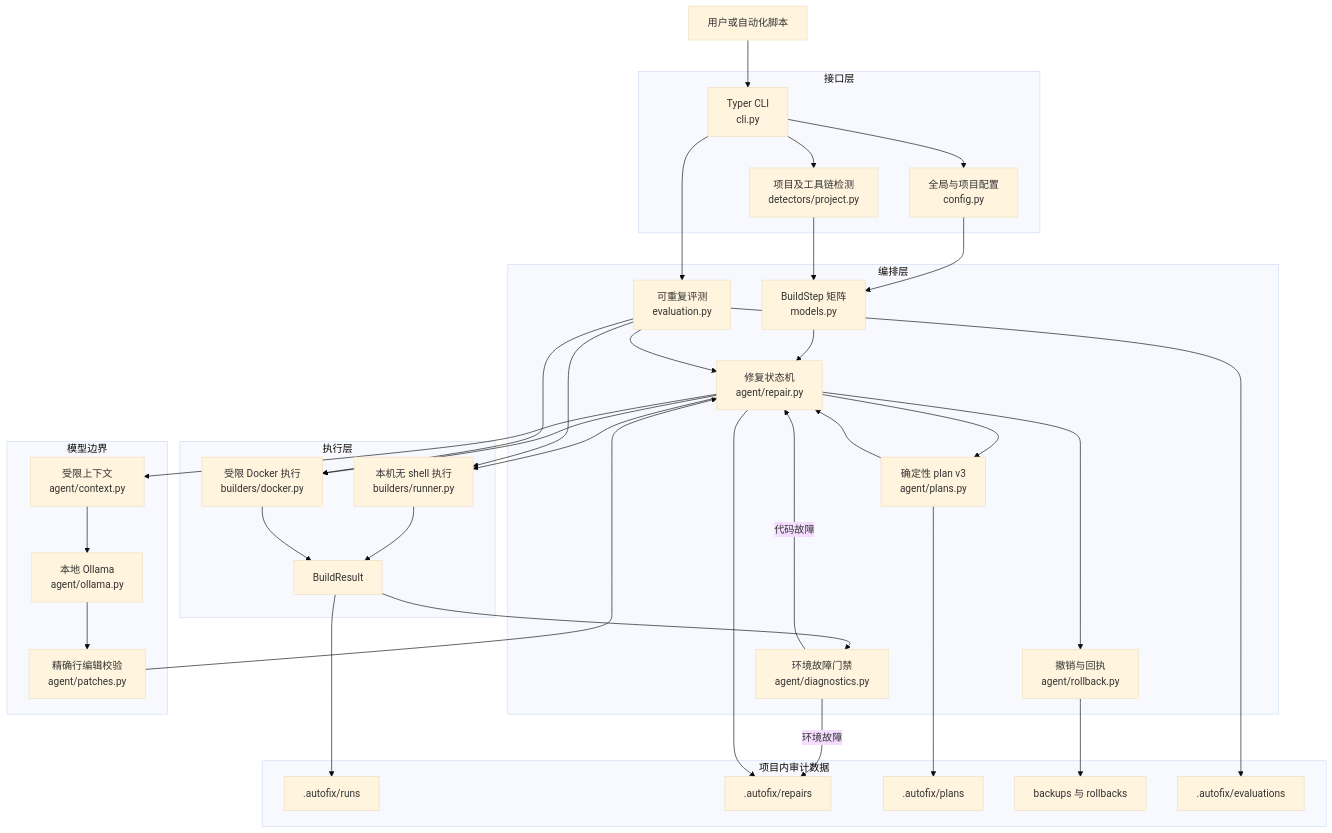
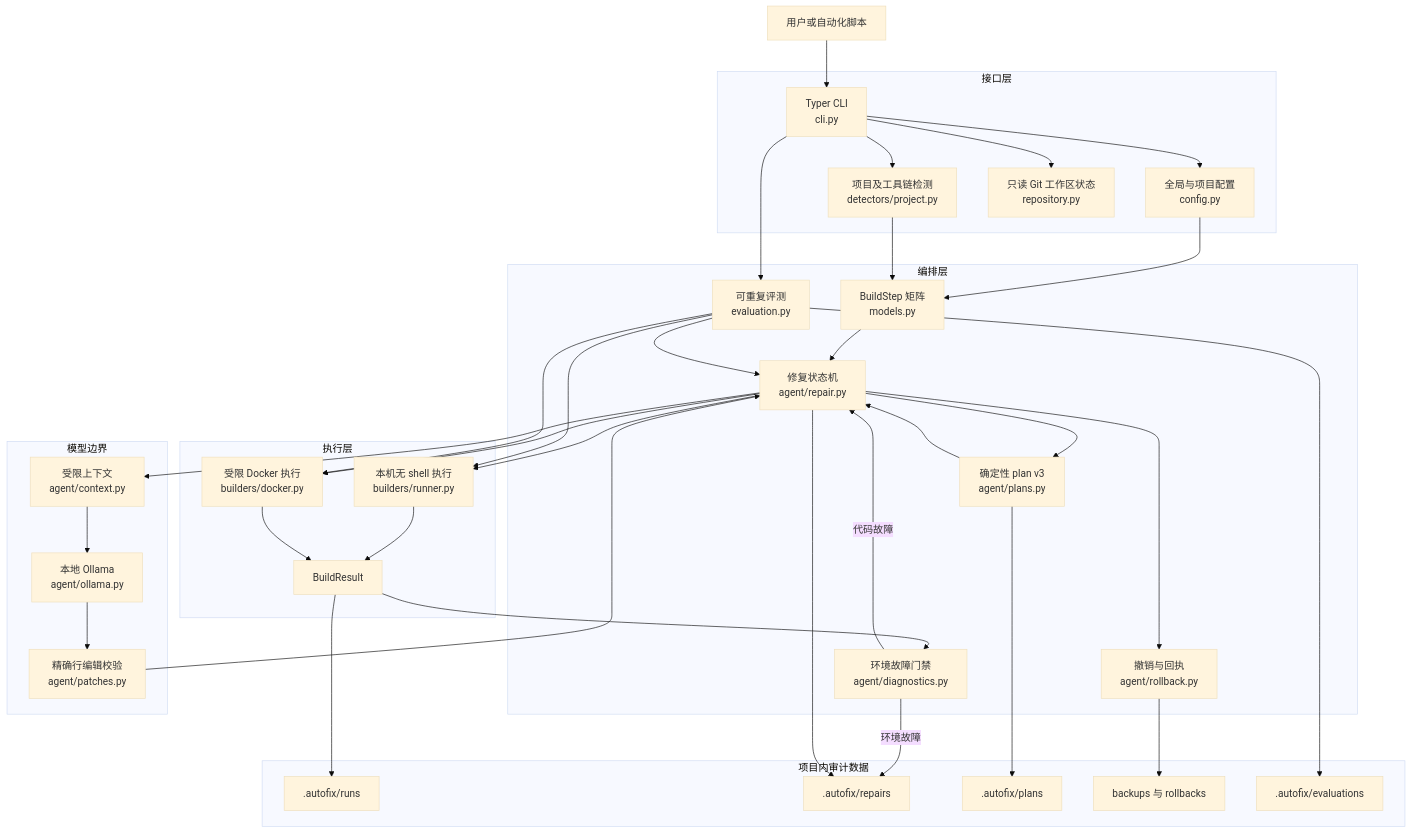
The first of 7 diagrams in docs/ARCHITECTURE_ZH.md (zhanghl-learner/docker-ollama-autofix), drawn with Mermaid (base theme) before and after one commit. The commit also changed other lines of this file and 8 other files, not shown here.

````diff
--- a/docs/ARCHITECTURE_ZH.md
+++ b/docs/ARCHITECTURE_ZH.md
@@ -29,69 +29,71 @@
 ```mermaid
 flowchart TB
     USER[用户或自动化脚本]
 
     subgraph Interface[接口层]
         CLI[Typer CLI<br/>cli.py]
         CONFIG[全局与项目配置<br/>config.py]
         DETECT[项目及工具链检测<br/>detectors/project.py]
+        GIT[只读 Git 工作区状态<br/>repository.py]
     end
 
     subgraph Orchestration[编排层]
         STEPS[BuildStep 矩阵<br/>models.py]
         REPAIR[修复状态机<br/>agent/repair.py]
         DIAG[环境故障门禁<br/>agent/diagnostics.py]
         PLAN[确定性 plan v3<br/>agent/plans.py]
         ROLLBACK[撤销与回执<br/>agent/rollback.py]
         EVALUATION[可重复评测<br/>evaluation.py]
     end
 
     subgraph Intelligence[模型边界]
         CONTEXT[受限上下文<br/>agent/context.py]
         OLLAMA[本地 Ollama<br/>agent/ollama.py]
         PATCH[精确行编辑校验<br/>agent/patches.py]
     end
 
     subgraph Execution[执行层]
         LOCAL[本机无 shell 执行<br/>builders/runner.py]
         DOCKER[受限 Docker 执行<br/>builders/docker.py]
         RESULT[BuildResult]
     end
 
     subgraph Artifacts[项目内审计数据]
         RUNS[.autofix/runs]
         REPAIRS[.autofix/repairs]
         PLANS[.autofix/plans]
         BACKUPS[backups 与 rollbacks]
         EVALUATIONS[.autofix/evaluations]
     end
 
     USER --> CLI
     CLI --> CONFIG
     CLI --> DETECT
+    CLI --> GIT
     CONFIG --> STEPS
     DETECT --> STEPS
     STEPS --> REPAIR
     REPAIR --> CONTEXT
     CONTEXT --> OLLAMA
     OLLAMA --> PATCH
     PATCH --> REPAIR
     REPAIR --> LOCAL
     REPAIR --> DOCKER
     LOCAL --> RESULT
     DOCKER --> RESULT
     RESULT --> DIAG
     DIAG -->|代码故障| REPAIR
     DIAG -->|环境故障| REPAIRS
     RESULT --> RUNS
     REPAIR --> REPAIRS
     REPAIR --> PLAN
     PLAN --> PLANS
     PLAN --> REPAIR
     REPAIR --> ROLLBACK
     ROLLBACK --> BACKUPS
     CLI --> EVALUATION
     EVALUATION --> LOCAL
     EVALUATION --> DOCKER
     EVALUATION --> REPAIR
     EVALUATION --> EVALUATIONS
 ```
````
